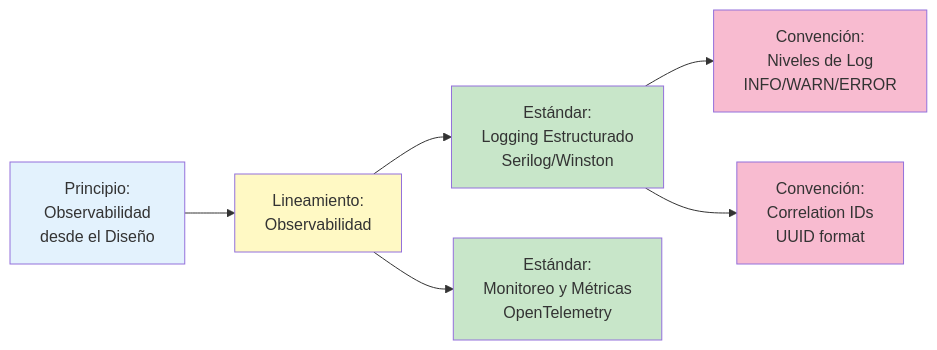
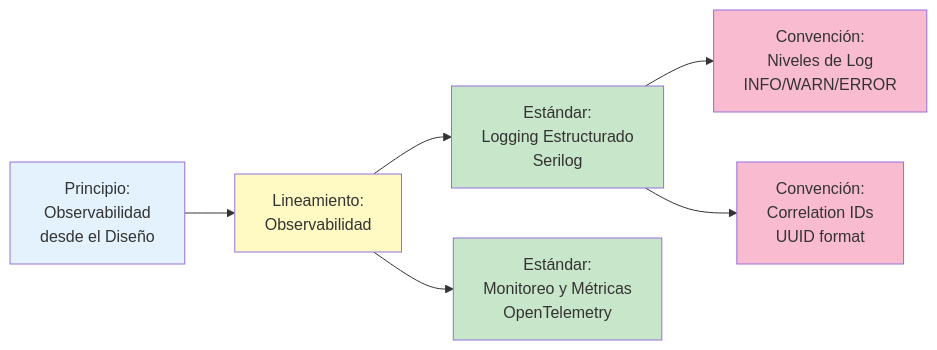
One commit to jclemente-tlm/tlm-doc-architecture changed the third of 7 diagrams in docs/fundamentos-corporativos/MATRIZ-TRAZABILIDAD.md. Above: the diagram before and after it, drawn with Mermaid. The commit also changed other lines of this file and 45 other files, not shown here.

````diff
--- a/docs/fundamentos-corporativos/MATRIZ-TRAZABILIDAD.md
+++ b/docs/fundamentos-corporativos/MATRIZ-TRAZABILIDAD.md
@@ -60,15 +60,15 @@
 ```mermaid
 graph LR
     P2[Principio:<br/>Observabilidad<br/>desde el Diseño] --> L2[Lineamiento:<br/>Observabilidad]
-    L2 --> E3[Estándar:<br/>Logging Estructurado<br/>Serilog/Winston]
+    L2 --> E3[Estándar:<br/>Logging Estructurado<br/>Serilog]
     L2 --> E4[Estándar:<br/>Monitoreo y Métricas<br/>OpenTelemetry]
     E3 --> C3[Convención:<br/>Niveles de Log<br/>INFO/WARN/ERROR]
     E3 --> C4[Convención:<br/>Correlation IDs<br/>UUID format]
-    
+
     style P2 fill:#e3f2fd
     style L2 fill:#fff9c4
     style E3 fill:#c8e6c9
     style E4 fill:#c8e6c9
     style C3 fill:#f8bbd0
     style C4 fill:#f8bbd0
 ```
````
